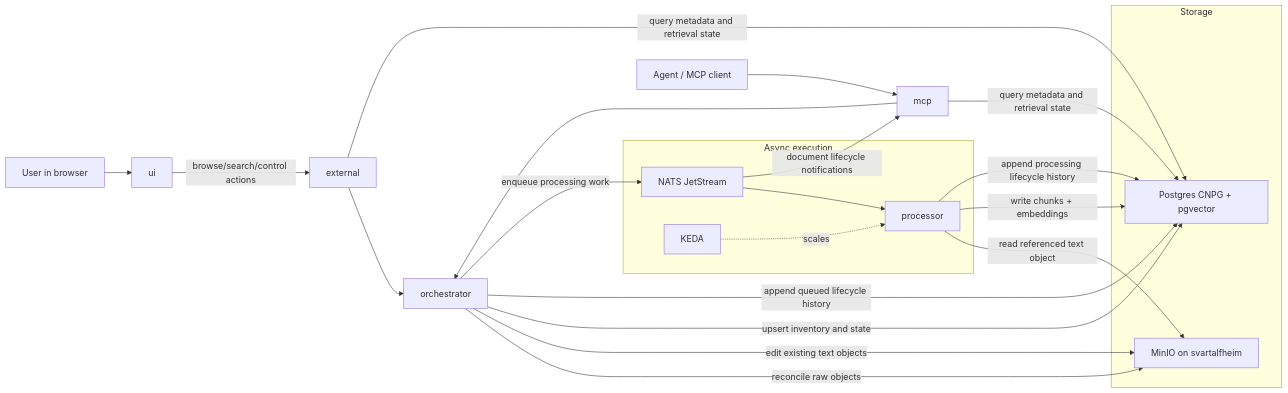
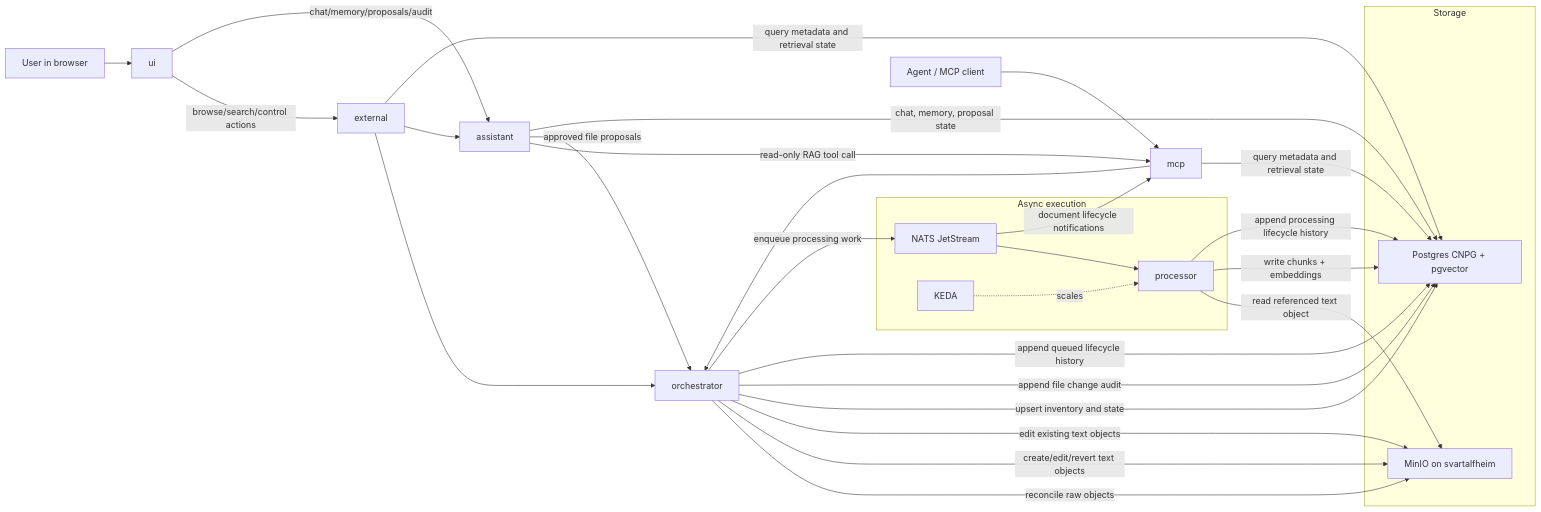
Before and after one commit to labiraus/homelab: the diagram in docs/RAG.md, drawn with Mermaid. The commit also changed other lines of this file and 36 other files, not shown here.

````diff
--- a/docs/RAG.md
+++ b/docs/RAG.md
@@ -71,35 +78,42 @@
 ```mermaid
 flowchart LR
   U[User in browser] --> UI[ui]
   UI -->|browse/search/control actions| EXT[external]
+  UI -->|chat/memory/proposals/audit| ASSIST[assistant]
   A[Agent / MCP client] --> MCP[mcp]
 
   EXT --> ORCH[orchestrator]
+  EXT --> ASSIST
+  ASSIST -->|read-only RAG tool call| MCP
+  ASSIST -->|approved file proposals| ORCH
   MCP --> ORCH
+  ASSIST -->|chat, memory, proposal state| PG
 
   subgraph Storage
     MINIO[MinIO on svartalfheim]
     PG[Postgres CNPG + pgvector]
   end
 
   subgraph Async execution
     NATS[NATS JetStream]
     PROC[processor]
     KEDA[KEDA]
   end
 
   ORCH -->|reconcile raw objects| MINIO
+  ORCH -->|create/edit/revert text objects| MINIO
   ORCH -->|edit existing text objects| MINIO
   ORCH -->|upsert inventory and state| PG
+  ORCH -->|append file change audit| PG
   ORCH -->|append queued lifecycle history| PG
   ORCH -->|enqueue processing work| NATS
   NATS --> PROC
   NATS -->|document lifecycle notifications| MCP
   KEDA -. scales .-> PROC
   PROC -->|read referenced text object| MINIO
   PROC -->|write chunks + embeddings| PG
   PROC -->|append processing lifecycle history| PG
 
   EXT -->|query metadata and retrieval state| PG
   MCP -->|query metadata and retrieval state| PG
 ```
````
